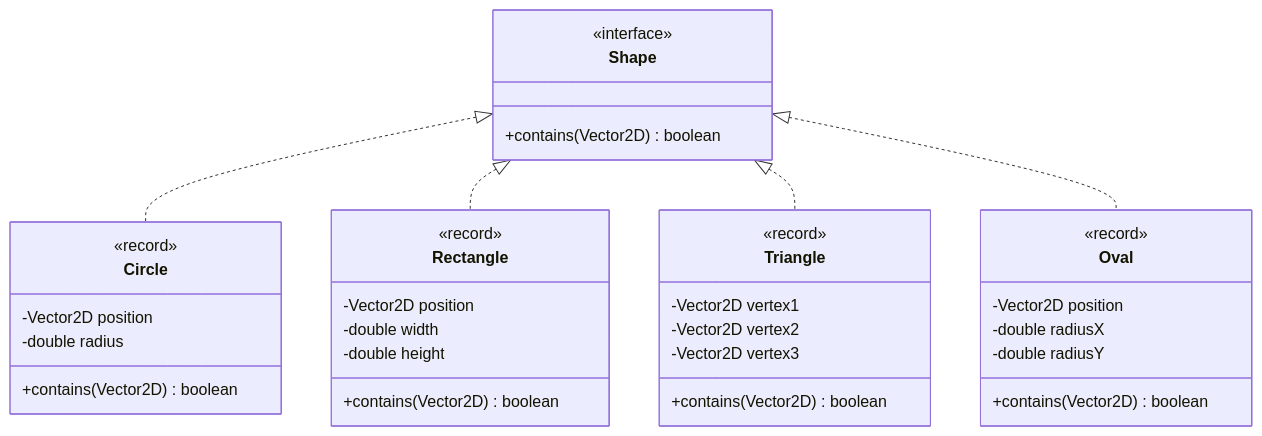
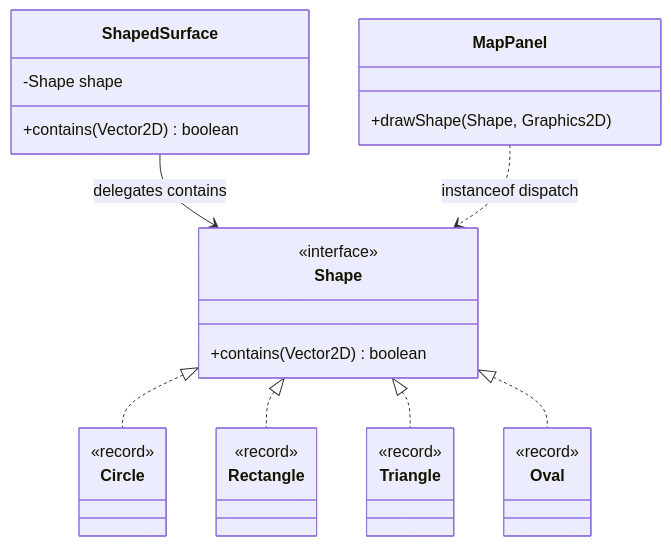
One commit to jjacomo/OOP25-mini-gOOlf changed the third of 8 diagrams in notes/report/report.md. Above: the diagram before and after it, drawn with Mermaid. The commit also changed other lines of this file and 2 other files, not shown here.

````diff
--- a/notes/report/report.md
+++ b/notes/report/report.md
@@ -200,38 +188,25 @@
 ```mermaid
 classDiagram
     class Shape {
         <<interface>>
         +contains(Vector2D) boolean
     }
-    class Circle {
-        <<record>>
-        -Vector2D position
-        -double radius
+    class Circle { <<record>> }
+    class Rectangle { <<record>> }
+    class Triangle { <<record>> }
+    class Oval { <<record>> }
+    class ShapedSurface {
+        -Shape shape
         +contains(Vector2D) boolean
     }
-    class Rectangle {
-        <<record>>
-        -Vector2D position
-        -double width
-        -double height
-        +contains(Vector2D) boolean
+    class MapPanel {
+        +drawShape(Shape, Graphics2D)
     }
-    class Triangle {
-        <<record>>
-        -Vector2D vertex1
-        -Vector2D vertex2
-        -Vector2D vertex3
-        +contains(Vector2D) boolean
-    }
-    class Oval {
-        <<record>>
-        -Vector2D position
-        -double radiusX
-        -double radiusY
-        +contains(Vector2D) boolean
-    }
+
     Shape <|.. Circle
     Shape <|.. Rectangle
     Shape <|.. Triangle
     Shape <|.. Oval
+    ShapedSurface --> Shape : delegates contains
+    MapPanel ..> Shape : instanceof dispatch
 ```
````
